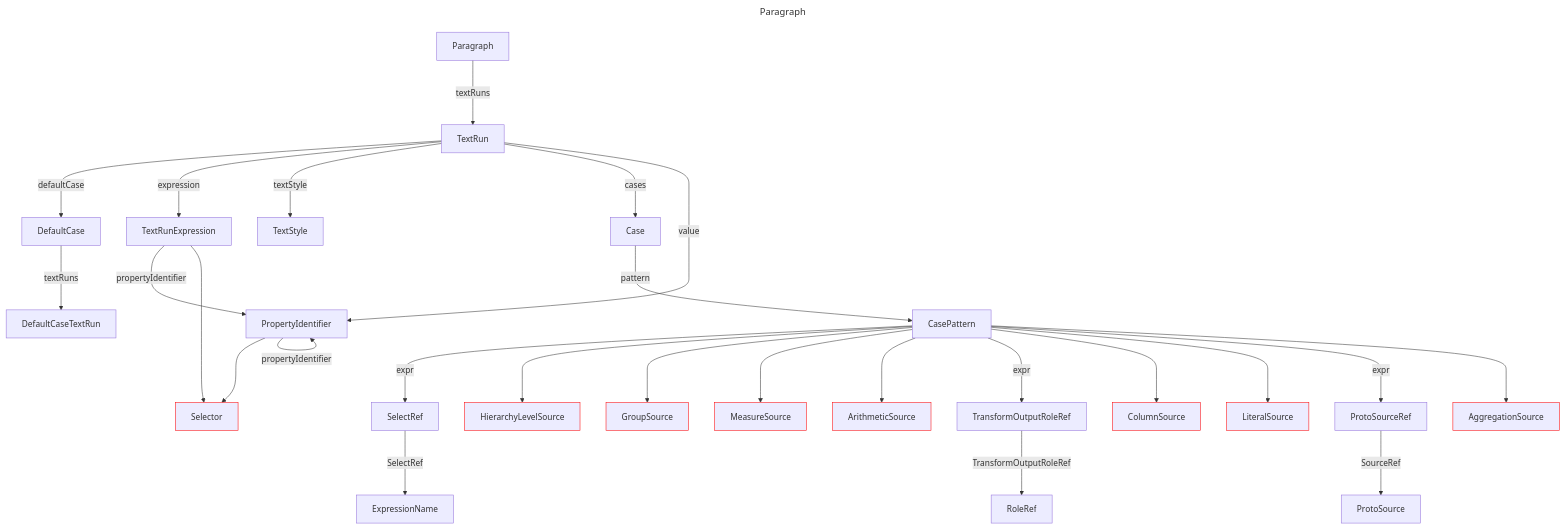
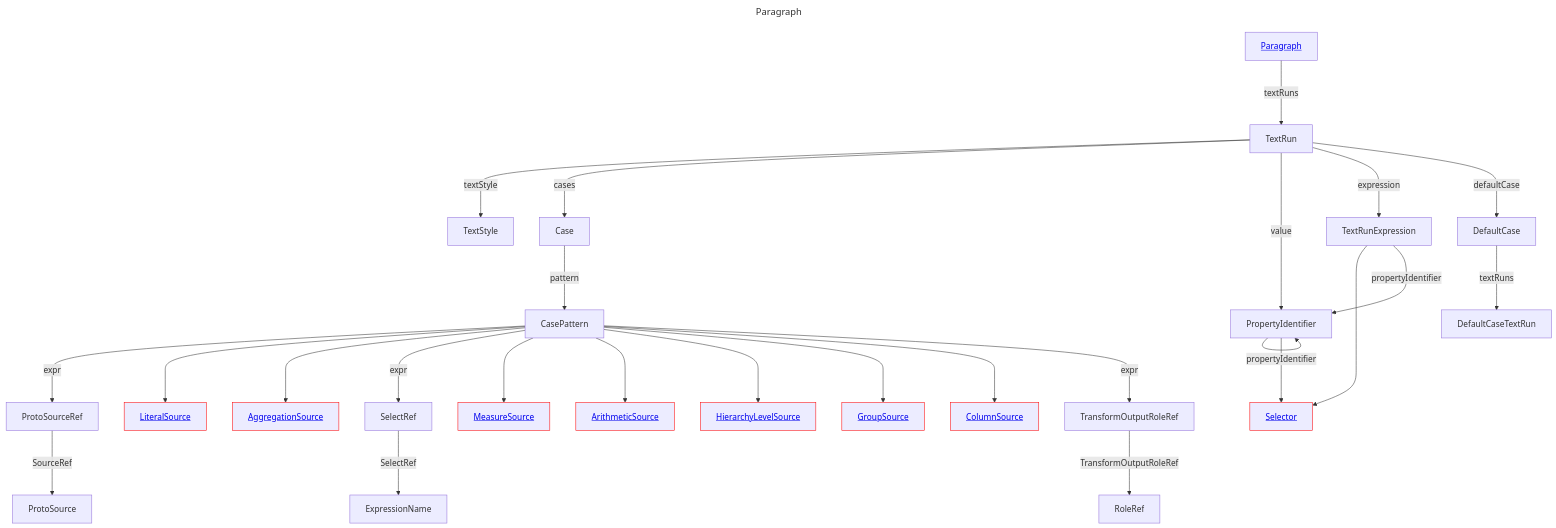
The diagram in docs/docs/layout/erd/Paragraph.md (douglassimonsen/pbi_core), drawn with Mermaid before and after one commit. The commit also changed 76 other files, not shown here.

````diff
--- a/docs/docs/layout/erd/Paragraph.md
+++ b/docs/docs/layout/erd/Paragraph.md
@@ -1,62 +1,62 @@
 ```mermaid
 ---
 title: Paragraph
 ---
 graph 
-2430071756272["TextStyle"]
-2430071820688["RoleRef"]
-2430071814832["TransformOutputRoleRef"]
-2430071366800["ExpressionName"]
-2430071359968["MeasureSource"]
-style 2430071359968 stroke:#ff0000,stroke-width:1px
-2430071758224["CasePattern"]
-2430071768960["TextRun"]
-2430071356064["SelectRef"]
-2430071746512["Case"]
-2430071777744["TextRunExpression"]
-2430071363872["HierarchyLevelSource"]
-style 2430071363872 stroke:#ff0000,stroke-width:1px
-2430071765056["DefaultCaseTextRun"]
-2430071816784["LiteralSource"]
-style 2430071816784 stroke:#ff0000,stroke-width:1px
-2430071358016["AggregationSource"]
-style 2430071358016 stroke:#ff0000,stroke-width:1px
-2430071745536["Selector"]
-style 2430071745536 stroke:#ff0000,stroke-width:1px
-2430071825568["ProtoSourceRef"]
-2430071771888["Paragraph"]
-2430071365824["ColumnSource"]
-style 2430071365824 stroke:#ff0000,stroke-width:1px
-2430071808976["GroupSource"]
-style 2430071808976 stroke:#ff0000,stroke-width:1px
-2430071819712["ProtoSource"]
-2430071767984["DefaultCase"]
-2430071773840["PropertyIdentifier"]
-2430071382416["ArithmeticSource"]
-style 2430071382416 stroke:#ff0000,stroke-width:1px
-2430071777744 --->|propertyIdentifier| 2430071773840
-2430071758224 --->|expr| 2430071356064
-2430071771888 --->|textRuns| 2430071768960
-2430071758224 ---> 2430071363872
-2430071768960 --->|defaultCase| 2430071767984
-2430071767984 --->|textRuns| 2430071765056
-2430071768960 --->|expression| 2430071777744
-2430071777744 ---> 2430071745536
-2430071768960 --->|textStyle| 2430071756272
-2430071758224 ---> 2430071808976
-2430071825568 --->|SourceRef| 2430071819712
-2430071768960 --->|cases| 2430071746512
-2430071814832 --->|TransformOutputRoleRef| 2430071820688
-2430071773840 ---> 2430071745536
-2430071773840 --->|propertyIdentifier| 2430071773840
-2430071356064 --->|SelectRef| 2430071366800
-2430071758224 ---> 2430071359968
-2430071768960 --->|value| 2430071773840
-2430071758224 ---> 2430071382416
-2430071758224 --->|expr| 2430071814832
-2430071758224 ---> 2430071365824
-2430071746512 --->|pattern| 2430071758224
-2430071758224 ---> 2430071816784
-2430071758224 --->|expr| 2430071825568
-2430071758224 ---> 2430071358016
+AggregationSource[<a href='/layout/erd/AggregationSource'>AggregationSource</a>]
+style AggregationSource stroke:#ff0000,stroke-width:1px
+ArithmeticSource[<a href='/layout/erd/ArithmeticSource'>ArithmeticSource</a>]
+style ArithmeticSource stroke:#ff0000,stroke-width:1px
+Case[Case]
+CasePattern[CasePattern]
+ColumnSource[<a href='/layout/erd/ColumnSource'>ColumnSource</a>]
+style ColumnSource stroke:#ff0000,stroke-width:1px
+DefaultCase[DefaultCase]
+DefaultCaseTextRun[DefaultCaseTextRun]
+ExpressionName[ExpressionName]
+GroupSource[<a href='/layout/erd/GroupSource'>GroupSource</a>]
+style GroupSource stroke:#ff0000,stroke-width:1px
+HierarchyLevelSource[<a href='/layout/erd/HierarchyLevelSource'>HierarchyLevelSource</a>]
+style HierarchyLevelSource stroke:#ff0000,stroke-width:1px
+LiteralSource[<a href='/layout/erd/LiteralSource'>LiteralSource</a>]
+style LiteralSource stroke:#ff0000,stroke-width:1px
+MeasureSource[<a href='/layout/erd/MeasureSource'>MeasureSource</a>]
+style MeasureSource stroke:#ff0000,stroke-width:1px
+Paragraph[<a href='/layout/erd/Paragraph'>Paragraph</a>]
+PropertyIdentifier[PropertyIdentifier]
+ProtoSource[ProtoSource]
+ProtoSourceRef[ProtoSourceRef]
+RoleRef[RoleRef]
+SelectRef[SelectRef]
+Selector[<a href='/layout/erd/Selector'>Selector</a>]
+style Selector stroke:#ff0000,stroke-width:1px
+TextRun[TextRun]
+TextRunExpression[TextRunExpression]
+TextStyle[TextStyle]
+TransformOutputRoleRef[TransformOutputRoleRef]
+CasePattern --->|expr| ProtoSourceRef
+PropertyIdentifier --->|propertyIdentifier| PropertyIdentifier
+ProtoSourceRef --->|SourceRef| ProtoSource
+Paragraph --->|textRuns| TextRun
+CasePattern ---> LiteralSource
+CasePattern ---> AggregationSource
+TextRun --->|textStyle| TextStyle
+CasePattern --->|expr| SelectRef
+CasePattern ---> MeasureSource
+CasePattern ---> ArithmeticSource
+TextRun --->|cases| Case
+TransformOutputRoleRef --->|TransformOutputRoleRef| RoleRef
+TextRunExpression ---> Selector
+PropertyIdentifier ---> Selector
+TextRun --->|value| PropertyIdentifier
+CasePattern ---> HierarchyLevelSource
+CasePattern ---> GroupSource
+TextRun --->|expression| TextRunExpression
+SelectRef --->|SelectRef| ExpressionName
+DefaultCase --->|textRuns| DefaultCaseTextRun
+CasePattern ---> ColumnSource
+TextRunExpression --->|propertyIdentifier| PropertyIdentifier
+CasePattern --->|expr| TransformOutputRoleRef
+TextRun --->|defaultCase| DefaultCase
+Case --->|pattern| CasePattern
 ```
````
